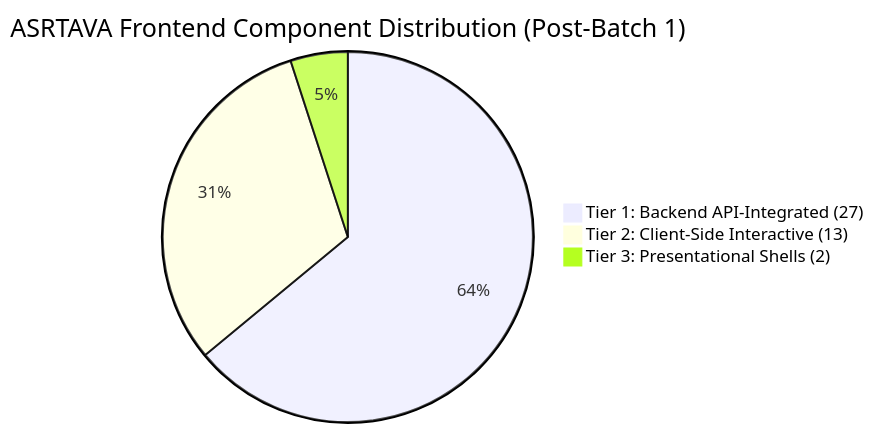
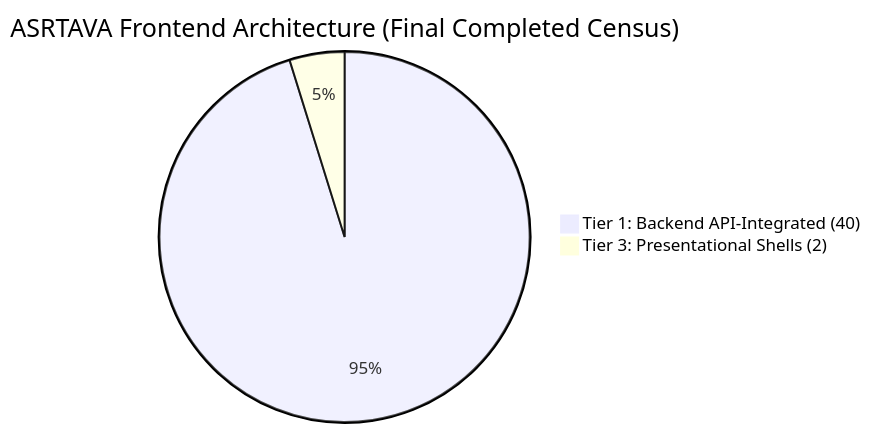
One commit to asrtava/asrtava changed the diagram in docs/project/ASRTAVA_FRONTEND_COMPONENT_INTEGRATION_AUDIT.md. Above: the diagram before and after it, drawn with Mermaid. The commit also changed other lines of this file, not shown here.

Commit message:
docs(audit): update component integration audit to 100% completed status

````diff
--- a/docs/project/ASRTAVA_FRONTEND_COMPONENT_INTEGRATION_AUDIT.md
+++ b/docs/project/ASRTAVA_FRONTEND_COMPONENT_INTEGRATION_AUDIT.md
@@ -28,6 +24,5 @@
 ```mermaid
-pie title ASRTAVA Frontend Component Distribution (Post-Batch 1)
-    "Tier 1: Backend API-Integrated (27)" : 64
-    "Tier 2: Client-Side Interactive (13)" : 31
-    "Tier 3: Presentational Shells (2)" : 5
+pie title ASRTAVA Frontend Architecture (Final Completed Census)
+    "Tier 1: Backend API-Integrated (40)" : 95.2
+    "Tier 3: Presentational Shells (2)" : 4.8
 ```
````
